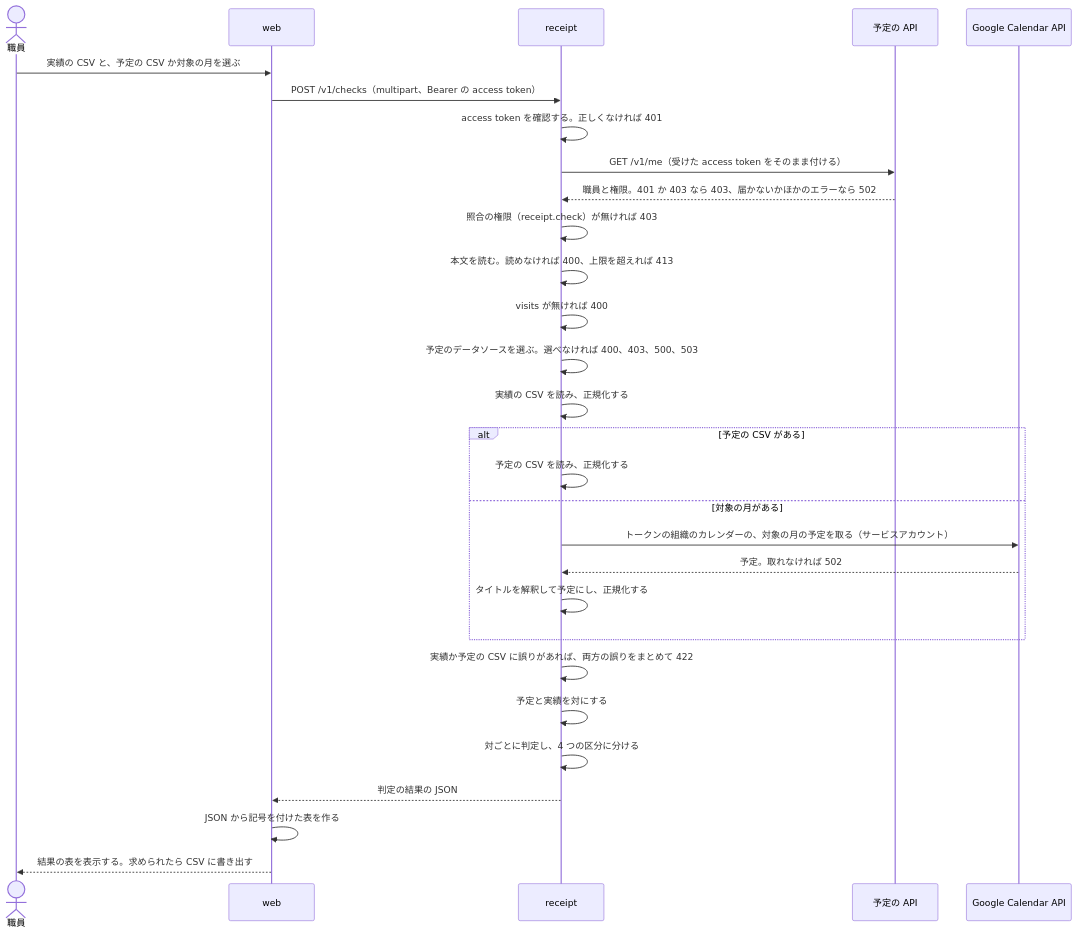
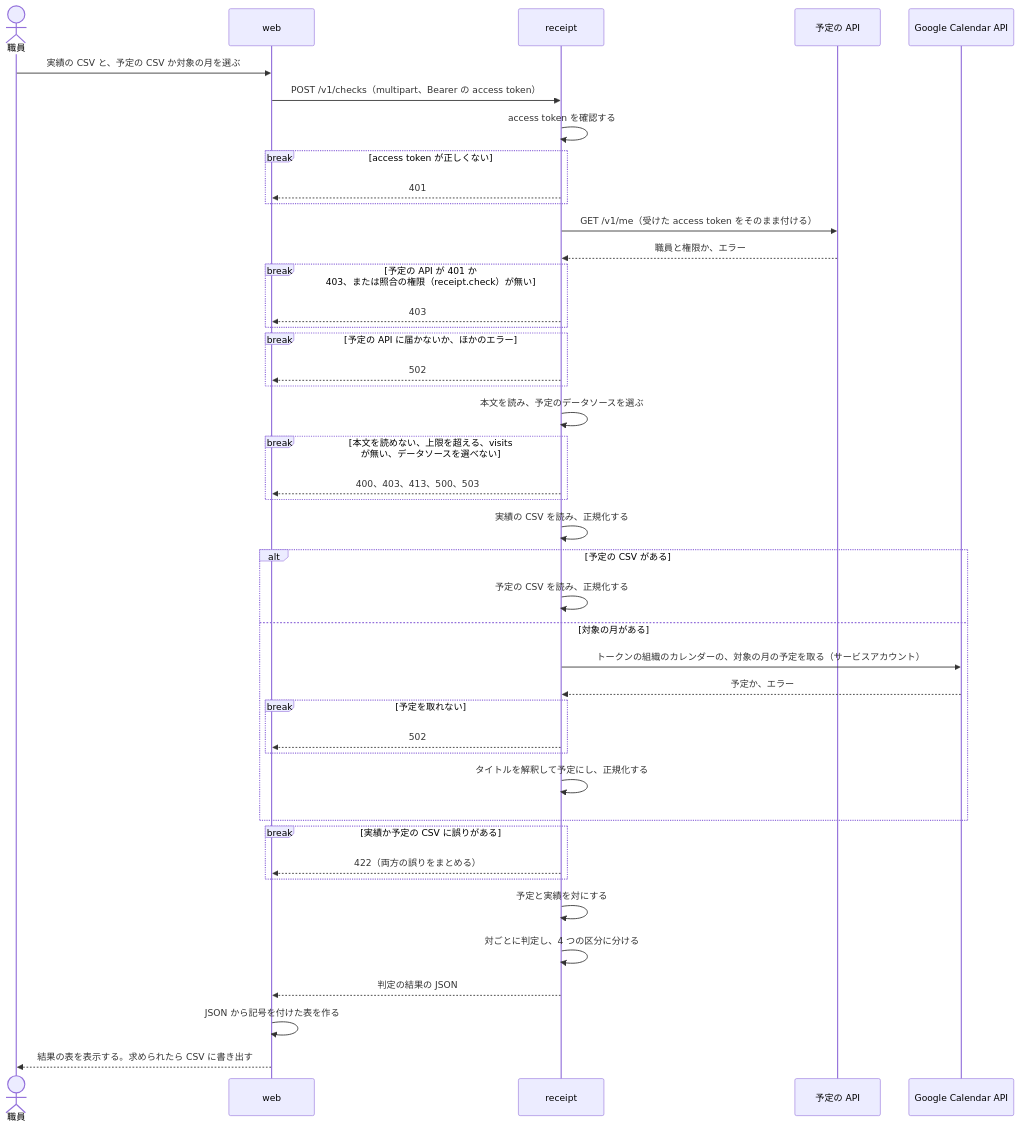
The diagram in services/receipt/DesignDoc.md (Fukuemon/buddy), drawn with Mermaid before and after one commit.

Commit message:
docs(receipt): 処理の流れの図で、エラーを web へ返す矢印で描く #428
エラーの status を自分への矢印の文に書いていて、どこで処理が止まるかが図から読めなかった。

````diff
--- a/services/receipt/DesignDoc.md
+++ b/services/receipt/DesignDoc.md
@@ -51,32 +51,46 @@
 ```mermaid
 sequenceDiagram
   actor S as 職員
   participant W as web
   participant R as receipt
   participant P as 予定の API
   participant G as Google Calendar API
 
   S->>W: 実績の CSV と、予定の CSV か対象の月を選ぶ
   W->>R: POST /v1/checks（multipart、Bearer の access token）
-  R->>R: access token を確認する。正しくなければ 401
+  R->>R: access token を確認する
+  break access token が正しくない
+    R-->>W: 401
+  end
   R->>P: GET /v1/me（受けた access token をそのまま付ける）
-  P-->>R: 職員と権限。401 か 403 なら 403、届かないかほかのエラーなら 502
-  R->>R: 照合の権限（receipt.check）が無ければ 403
-  R->>R: 本文を読む。読めなければ 400、上限を超えれば 413
-  R->>R: visits が無ければ 400
-  R->>R: 予定のデータソースを選ぶ。選べなければ 400、403、500、503
+  P-->>R: 職員と権限か、エラー
+  break 予定の API が 401 か 403、または照合の権限（receipt.check）が無い
+    R-->>W: 403
+  end
+  break 予定の API に届かないか、ほかのエラー
+    R-->>W: 502
+  end
+  R->>R: 本文を読み、予定のデータソースを選ぶ
+  break 本文を読めない、上限を超える、visits が無い、データソースを選べない
+    R-->>W: 400、403、413、500、503
+  end
   R->>R: 実績の CSV を読み、正規化する
   alt 予定の CSV がある
     R->>R: 予定の CSV を読み、正規化する
   else 対象の月がある
     R->>G: トークンの組織のカレンダーの、対象の月の予定を取る（サービスアカウント）
-    G-->>R: 予定。取れなければ 502
+    G-->>R: 予定か、エラー
+    break 予定を取れない
+      R-->>W: 502
+    end
     R->>R: タイトルを解釈して予定にし、正規化する
   end
-  R->>R: 実績か予定の CSV に誤りがあれば、両方の誤りをまとめて 422
+  break 実績か予定の CSV に誤りがある
+    R-->>W: 422（両方の誤りをまとめる）
+  end
   R->>R: 予定と実績を対にする
   R->>R: 対ごとに判定し、4 つの区分に分ける
   R-->>W: 判定の結果の JSON
   W->>W: JSON から記号を付けた表を作る
   W-->>S: 結果の表を表示する。求められたら CSV に書き出す
 ```
````
